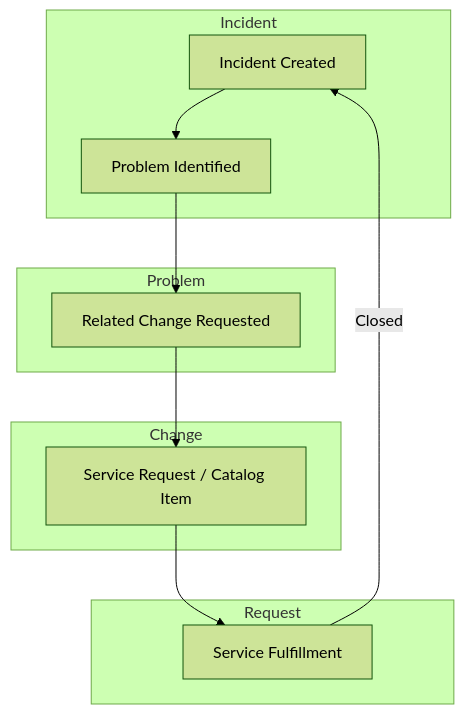
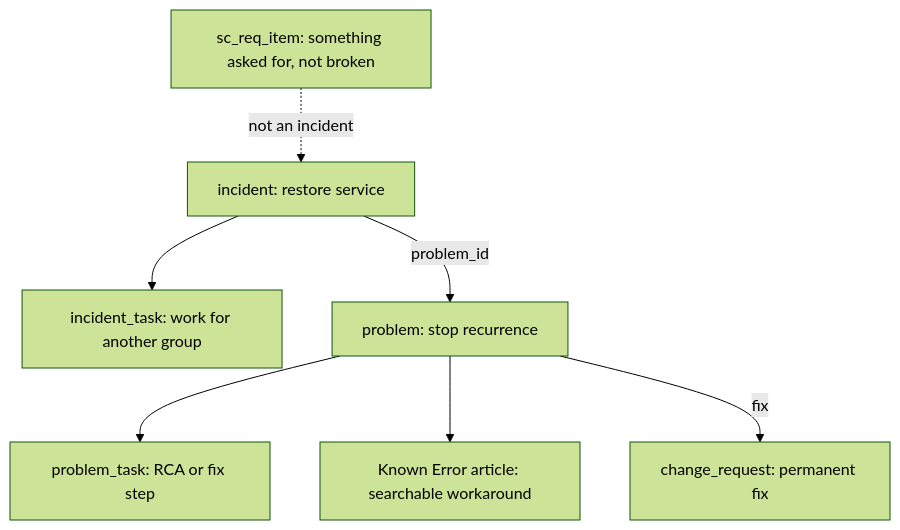
The seventh of 8 diagrams in docs/modules/itsm/itsm-guide.md (eltonaguiar/ServiceNow_Learning_TSOM-_CSM_FSM_SalesCRM_HAM_ITSM), drawn with Mermaid (forest theme) before and after one commit. The commit also changed other lines of this file and 1 other file, not shown here.

First line of the commit message:
docs(itsm): correct SLA tables and incident/problem boundaries

````diff
--- a/docs/modules/itsm/itsm-guide.md
+++ b/docs/modules/itsm/itsm-guide.md
@@ -792,17 +849,17 @@
 ```mermaid
 graph TD
-    subgraph "Incident"
-        INC[Incident Created]
-        INC --> PR[Problem Identified]
-    end
-    subgraph "Problem"
-        PR --> CR[Related Change Requested]
-    end
-    subgraph "Change"
-        CR --> REQ[Service Request / Catalog Item]
-    end
-    subgraph "Request"
-        REQ --> FUL[Service Fulfillment]
-    end
-    FUL -->|Closed| INC
+    INC[incident: restore service]
+    IT[incident_task: work for another group]
+    PR[problem: stop recurrence]
+    PT[problem_task: RCA or fix step]
+    KE[Known Error article: searchable workaround]
+    CH[change_request: permanent fix]
+    REQ[sc_req_item: something asked for, not broken]
+
+    INC -->|problem_id| PR
+    INC --> IT
+    PR --> PT
+    PR --> KE
+    PR -->|fix| CH
+    REQ -.->|not an incident| INC
 ```
````
